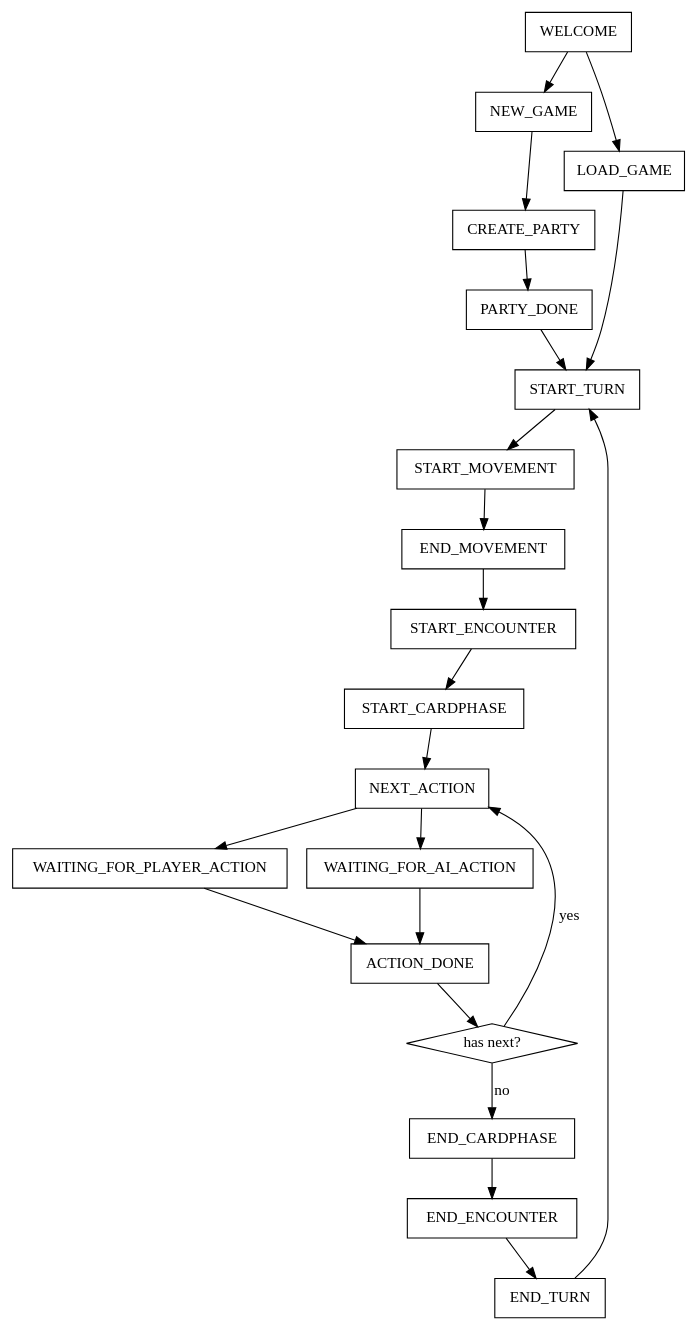
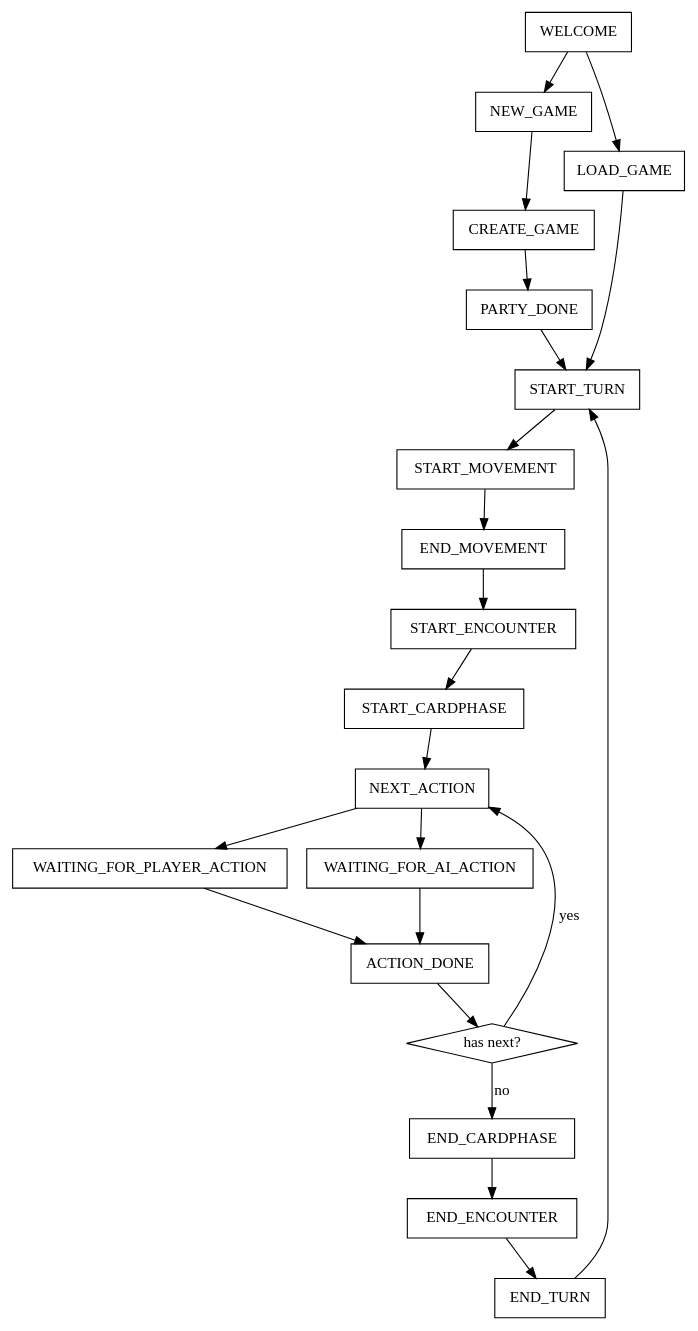
Before and after one commit to obercraft/deathcrawl: the diagram in src/main/docs/event-flow.dot, drawn with Graphviz. The commit also changed 49 other files, not shown here.

```diff
--- a/src/main/docs/event-flow.dot
+++ b/src/main/docs/event-flow.dot
@@ -1,33 +1,33 @@
 digraph eventflow {
     node[ shape=box];
 
     WELCOME -> NEW_GAME
     WELCOME -> LOAD_GAME
 
-    NEW_GAME -> CREATE_PARTY -> PARTY_DONE->START_TURN
+    NEW_GAME -> CREATE_GAME -> PARTY_DONE->START_TURN
     LOAD_GAME -> START_TURN
 
     START_TURN -> START_MOVEMENT -> END_MOVEMENT -> START_ENCOUNTER
 
     START_ENCOUNTER-> START_CARDPHASE -> NEXT_ACTION
 
     NEXT_ACTION -> WAITING_FOR_PLAYER_ACTION
     NEXT_ACTION -> WAITING_FOR_AI_ACTION
 
     WAITING_FOR_PLAYER_ACTION -> ACTION_DONE
     WAITING_FOR_AI_ACTION -> ACTION_DONE
 
     NEXT [shape=diamond,label="has next?"];
 
     ACTION_DONE -> NEXT
 
     NEXT -> NEXT_ACTION [label="yes"];
     NEXT -> END_CARDPHASE [label="no"];
 
 
     END_CARDPHASE -> END_ENCOUNTER -> END_TURN
 
     END_TURN -> START_TURN
 
 
 }
```
